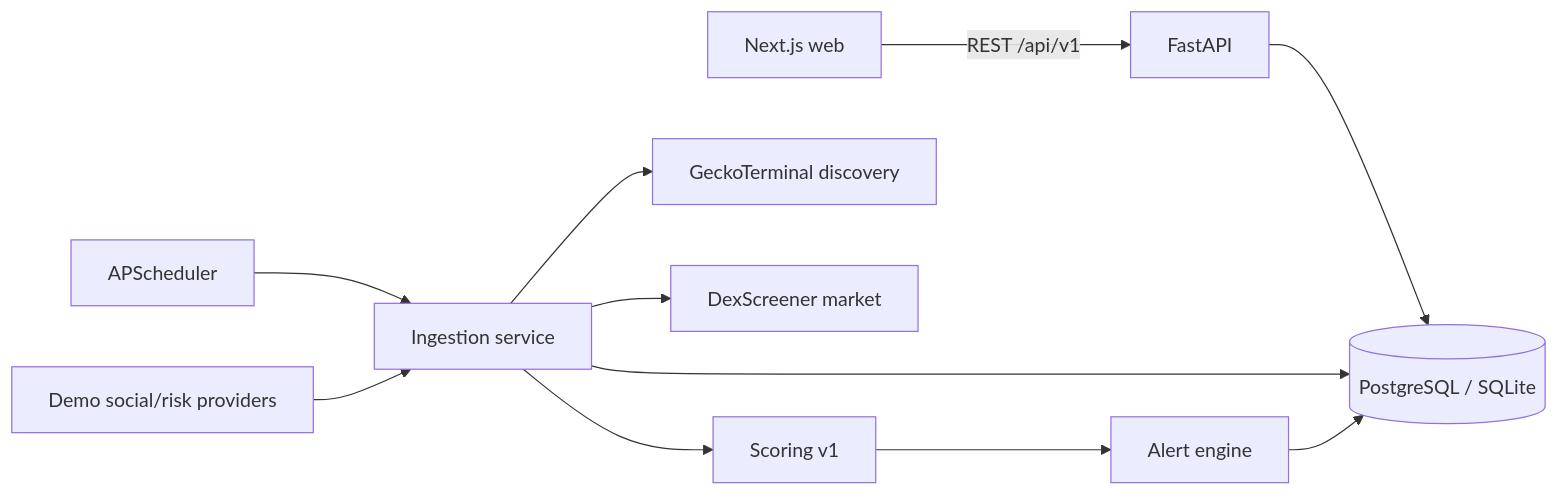
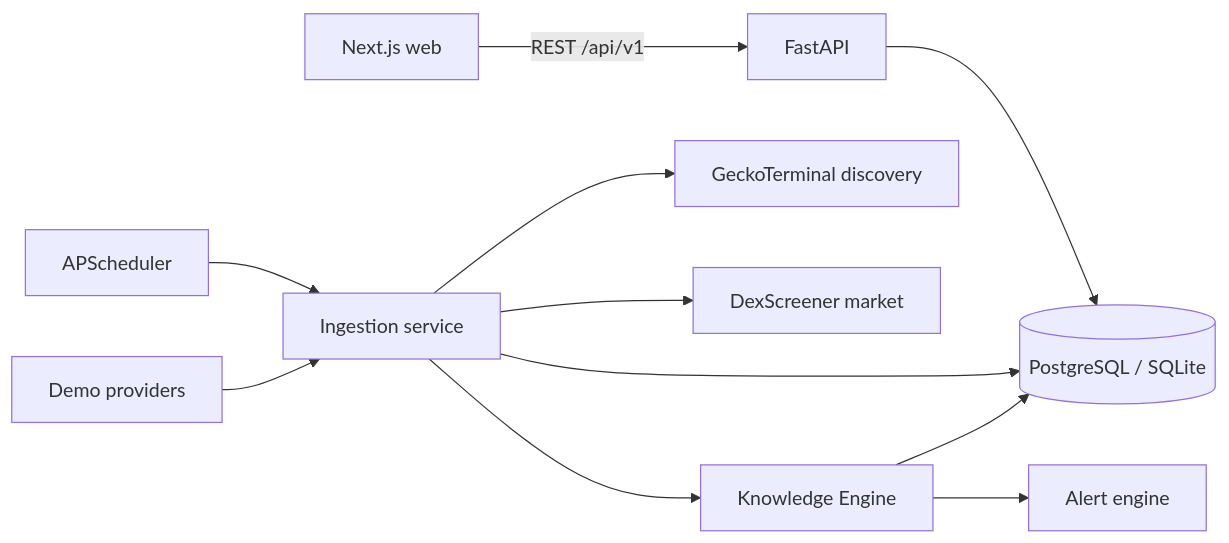
One commit to ag47-pt/Website changed the diagram in labs/ag47-altcoin-radar/docs/architecture.md. Above: the diagram before and after it, drawn with Mermaid. The commit also changed other lines of this file and 33 other files, not shown here.

````diff
--- a/labs/ag47-altcoin-radar/docs/architecture.md
+++ b/labs/ag47-altcoin-radar/docs/architecture.md
@@ -14,13 +20,13 @@
 ```mermaid
 flowchart LR
     Web[Next.js web] -->|REST /api/v1| API[FastAPI]
     API --> DB[(PostgreSQL / SQLite)]
     Scheduler[APScheduler] --> Ingestion[Ingestion service]
     Ingestion --> Discovery[GeckoTerminal discovery]
     Ingestion --> Market[DexScreener market]
     Ingestion --> DB
-    Ingestion --> Score[Scoring v1]
-    Score --> Alerts[Alert engine]
-    Alerts --> DB
-    Demo[Demo social/risk providers] --> Ingestion
+    Ingestion --> Knowledge[Knowledge Engine]
+    Knowledge --> DB
+    Knowledge --> Alerts[Alert engine]
+    Demo[Demo providers] --> Ingestion
 ```
````
